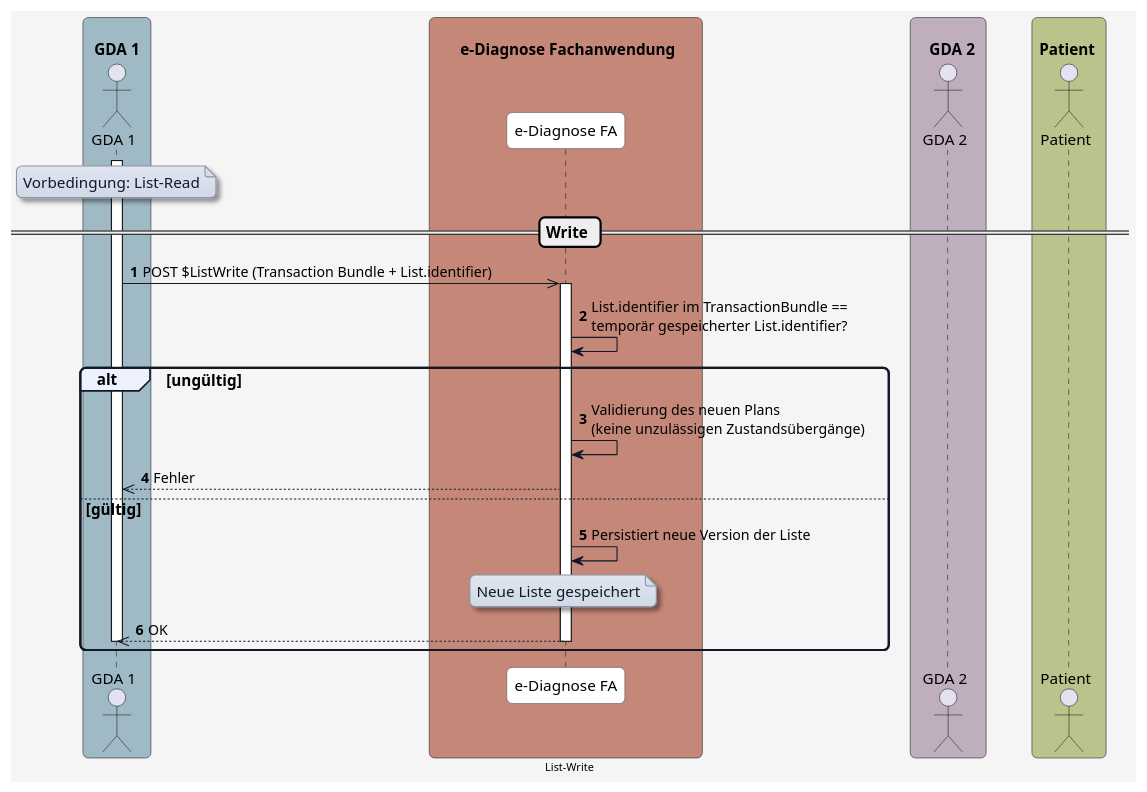
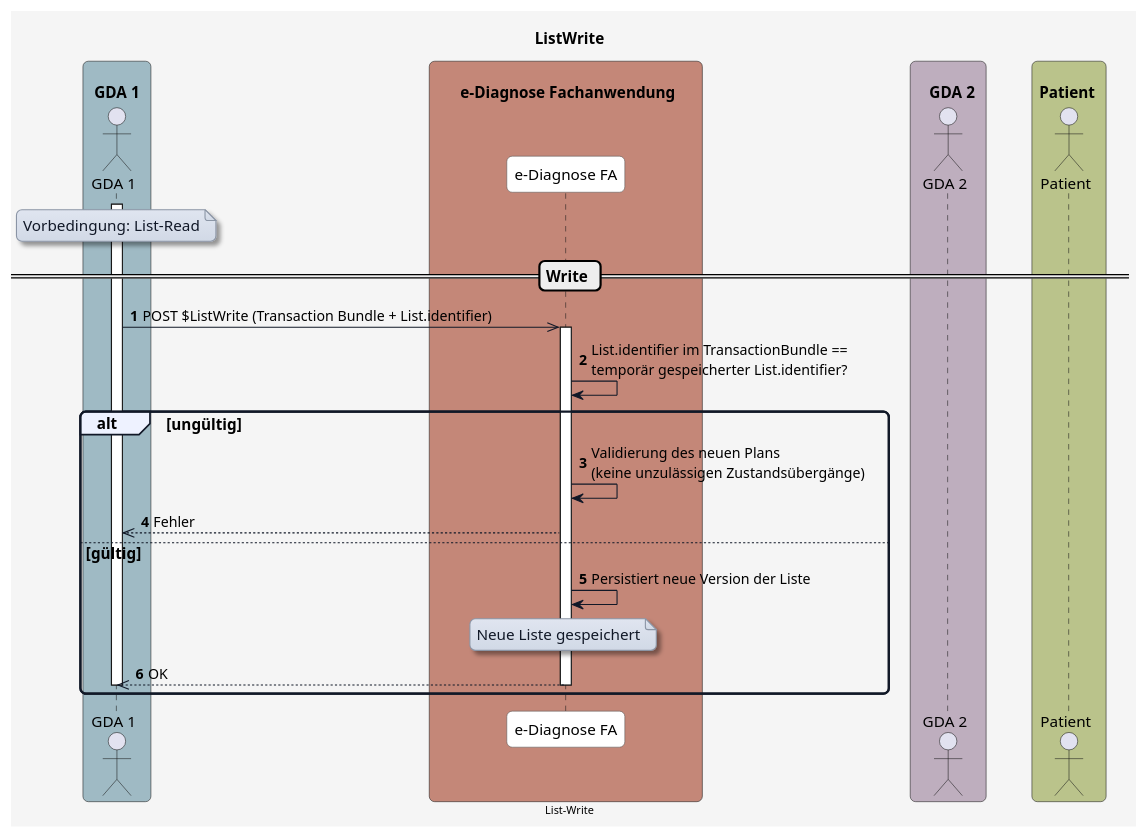
The diagram in plantuml/diagram_write.plantuml (HL7Austria/ELGA-e-Diagnose-R4), drawn with PlantUML before and after one commit. The commit also changed 5 other files, not shown here.

```diff
--- a/plantuml/diagram_write.plantuml
+++ b/plantuml/diagram_write.plantuml
@@ -1,92 +1,94 @@
 @startuml
+title ListWrite
+
 skinparam borderColor #000000
 skinparam backgroundColor #f5f5f5
 skinparam shadowing false
 skinparam roundCorner 10
 skinparam defaultFontName "Arial"
 skinparam defaultFontSize 14
 skinparam defaultFontColor #000000
 
 skinparam note {
   BackgroundColor #e0e5f0-#d1d9e6
   BorderColor #8b95a5
   BorderThickness 1
   RoundCorner 8
   Padding 6
   FontColor #111827
   Shadowing true
 }
 
 skinparam HyperlinkColor #0000EE
 skinparam HyperlinkUnderline false
 
 skinparam sequence {
   ParticipantBorderColor #555555
   ParticipantBackgroundColor #ffffff
   ParticipantFontColor #000000
   ParticipantFontSize 14
   ParticipantPadding 20
   ArrowColor #111827
   ArrowThickness 1
   ArrowFontColor #000000
   ArrowFontSize 13
   GroupBorderColor #111827
   GroupBackgroundColor #eef2ff
   GroupBorderThickness 2
 }
 
 skinparam BoxPadding 20
 skinparam BoxBorderColor #555555
 
 box "\n  GDA 1  " #9fbac4
   actor GDA_1 as "GDA 1"
 end box
 
 box "\n       e-Diagnose Fachanwendung      " #C48778
   participant eDiag_FA as "e-Diagnose FA"
 end box
 
 box "\n    GDA 2  " #beaebe
   actor GDA_2 as "GDA 2"
 end box
 
 box "\n Patient  " #bac38b
   actor Patient as "Patient"
 end box
 
 
 autonumber
 
 activate GDA_1
 
 note over GDA_1
 Vorbedingung: List-Read
 end note
 
 == Write ==
 
 GDA_1 ->> eDiag_FA: POST $ListWrite (Transaction Bundle + List.identifier)
 
 activate eDiag_FA
 eDiag_FA -> eDiag_FA: List.identifier im TransactionBundle ==\ntemporär gespeicherter List.identifier?
 
 alt ungültig 
   eDiag_FA -> eDiag_FA: Validierung des neuen Plans\n(keine unzulässigen Zustandsübergänge)
   eDiag_FA -->> GDA_1: Fehler 
   
 else gültig 
   eDiag_FA -> eDiag_FA: Persistiert neue Version der Liste
 
   note over eDiag_FA
   Neue Liste gespeichert
   end note
 
   eDiag_FA -->> GDA_1: OK
   deactivate GDA_1
   deactivate eDiag_FA
 end
 
 center footer List-Write
 
 
 @enduml
```
